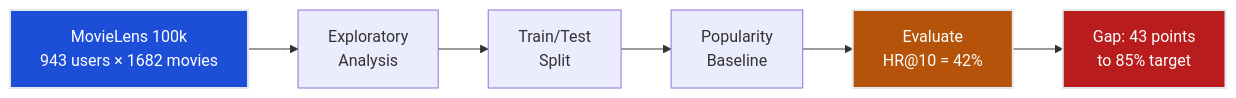
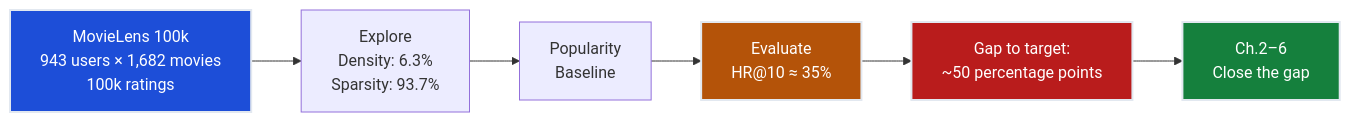
One commit to deepakshamsft/ai-portfolio changed the first of 4 diagrams in notes/01-ml/04_recommender_systems/ch01_fundamentals/README.md. Above: the diagram before and after it, drawn with Mermaid. The commit also changed other lines of this file and 727 other files, not shown here.

````diff
--- a/notes/01-ml/04_recommender_systems/ch01_fundamentals/README.md
+++ b/notes/01-ml/04_recommender_systems/ch01_fundamentals/README.md
@@ -36,12 +54,13 @@
 ```mermaid
 flowchart LR
-    DATA["MovieLens 100k<br/>943 users × 1682 movies"] --> EDA["Exploratory<br/>Analysis"]
-    EDA --> SPLIT["Train/Test<br/>Split"]
-    SPLIT --> POP["Popularity<br/>Baseline"]
-    POP --> EVAL["Evaluate<br/>HR@10 = 42%"]
-    EVAL --> GAP["Gap: 43 points<br/>to 85% target"]
-    
+    DATA["MovieLens 100k<br/>943 users × 1,682 movies<br/>100k ratings"] --> EDA["Explore<br/>Density: 6.3%<br/>Sparsity: 93.7%"]
+    EDA --> BASE["Popularity<br/>Baseline"]
+    BASE --> EVAL["Evaluate<br/>HR@10 ≈ 35%"]
+    EVAL --> GAP["Gap to target:<br/>~50 percentage points"]
+    GAP --> NEXT["Ch.2–6<br/>Close the gap"]
+
     style DATA fill:#1d4ed8,stroke:#e2e8f0,stroke-width:2px,color:#ffffff
     style EVAL fill:#b45309,stroke:#e2e8f0,stroke-width:2px,color:#ffffff
     style GAP fill:#b91c1c,stroke:#e2e8f0,stroke-width:2px,color:#ffffff
+    style NEXT fill:#15803d,stroke:#e2e8f0,stroke-width:2px,color:#ffffff
 ```
````
